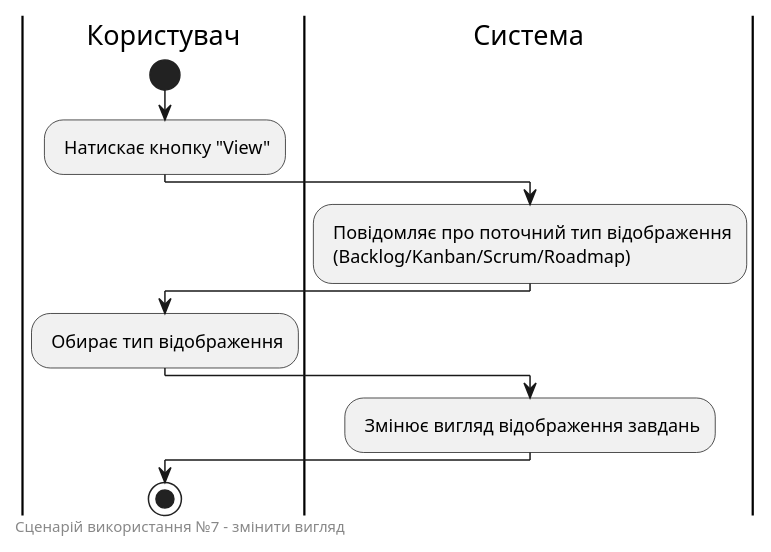
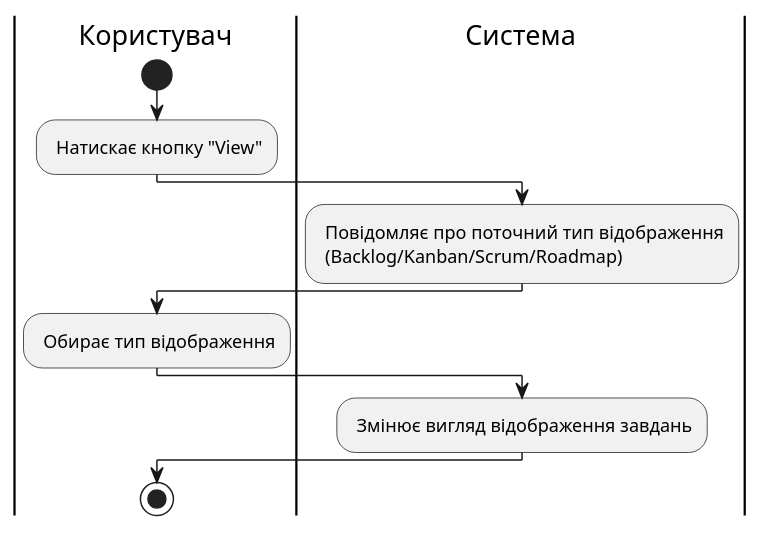
Before and after one commit to edu-db/edu_db_labs: diagram 11 of 15 in docs/use cases/README.md, drawn with PlantUML. The commit also changed other lines of this file and 1 other file, not shown here.

```diff
--- a/docs/use cases/README.md
+++ b/docs/use cases/README.md
@@ -460,25 +503,21 @@
 @startuml
 
     |Користувач|
         start
         : Натискає кнопку "View";
 
     |Система|
         : Повідомляє про поточний тип відображення\n (Backlog/Kanban/Scrum/Roadmap);
 
     |Користувач|
         : Обирає тип відображення;
         
 
     |Система|
         : Змінює вигляд відображення завдань;
         
   
     |Користувач|
         stop;
 
-    left footer
-        Сценарій використання №7 - змінити вигляд
-    end footer
-
 @enduml
```
